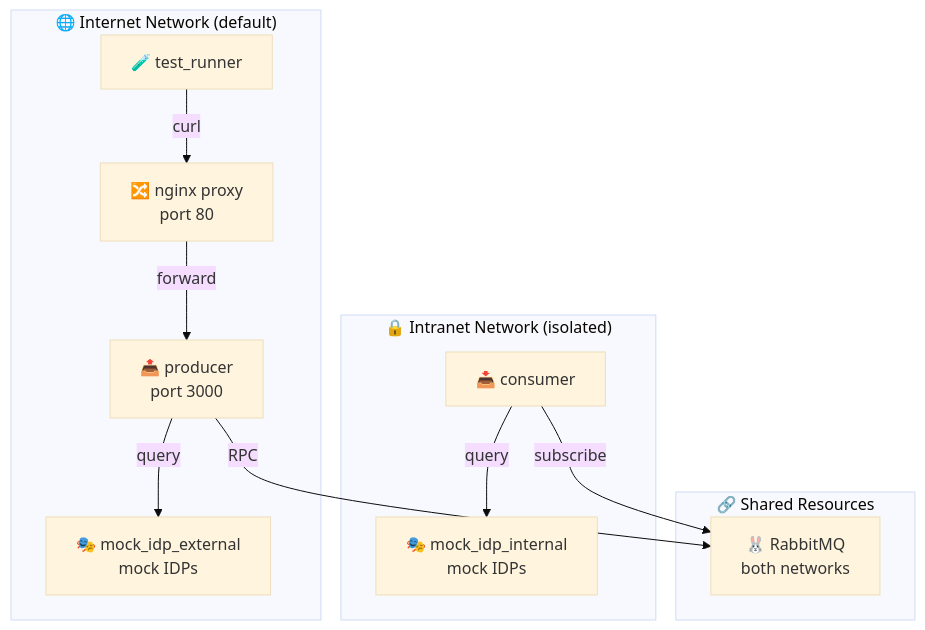
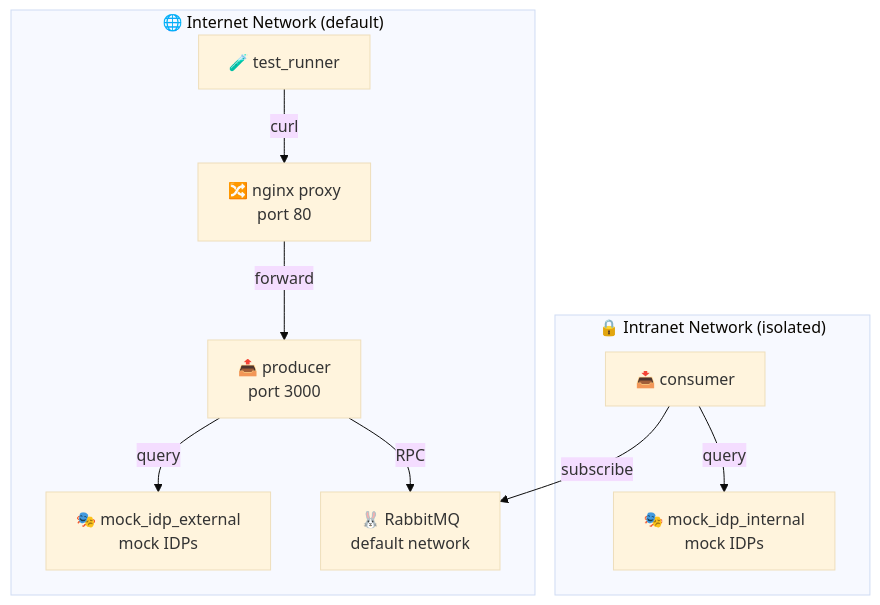
Before and after one commit to proconnect-gouv/idp-status-monitoring: the diagram in examples/idp_proxy_middleware/README.md, drawn with Mermaid (base theme). The commit also changed 2 other files, not shown here.

Commit message:
docs: simplify diagrams by removing unnecessary default network subgraph

````diff
--- a/examples/idp_proxy_middleware/README.md
+++ b/examples/idp_proxy_middleware/README.md
@@ -7,25 +7,22 @@
 ```mermaid
 graph TB
     subgraph internet["🌐 Internet Network (default)"]
         test["🧪 test_runner"]
         proxy["🔀 nginx proxy<br/>port 80"]
         producer["📤 producer<br/>port 3000"]
         mock_ext["🎭 mock_idp_external<br/>mock IDPs"]
+        rabbitmq["🐰 RabbitMQ<br/>default network"]
     end
 
     subgraph intranet["🔒 Intranet Network (isolated)"]
         consumer["📥 consumer"]
         mock_int["🎭 mock_idp_internal<br/>mock IDPs"]
-    end
-
-    subgraph shared["🔗 Shared Resources"]
-        rabbitmq["🐰 RabbitMQ<br/>both networks"]
     end
 
     test -->|curl| proxy
     proxy -->|forward| producer
     producer -->|query| mock_ext
     producer -->|RPC| rabbitmq
     consumer -->|subscribe| rabbitmq
     consumer -->|query| mock_int
 ```
````
